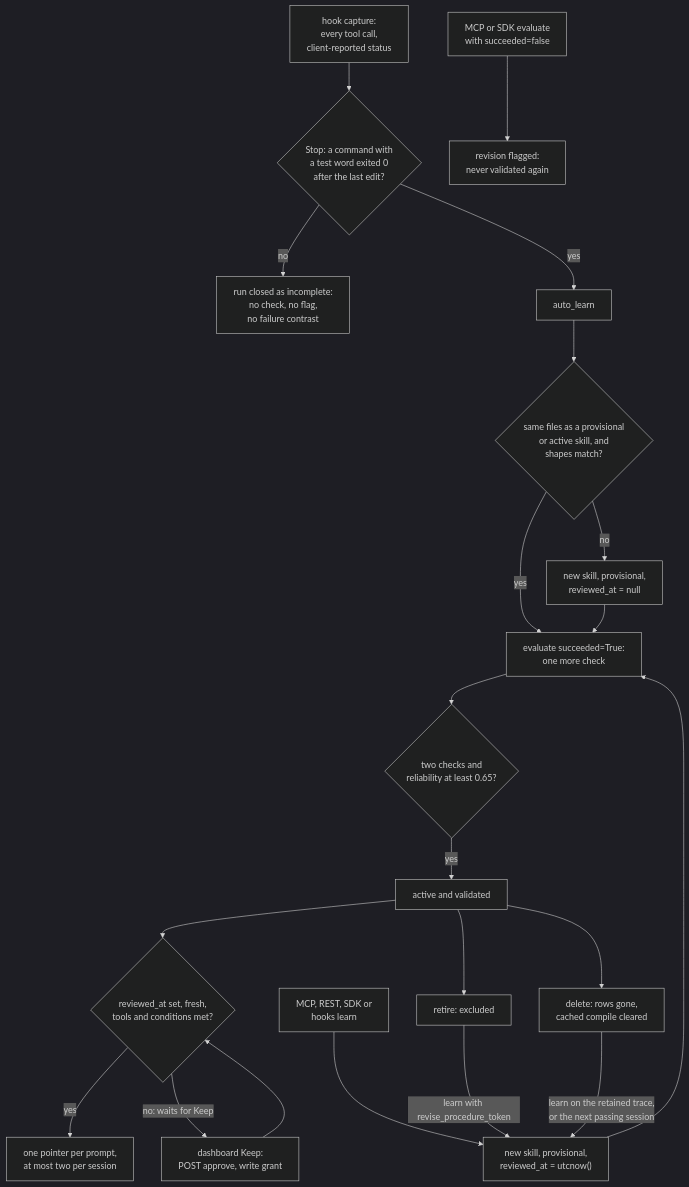
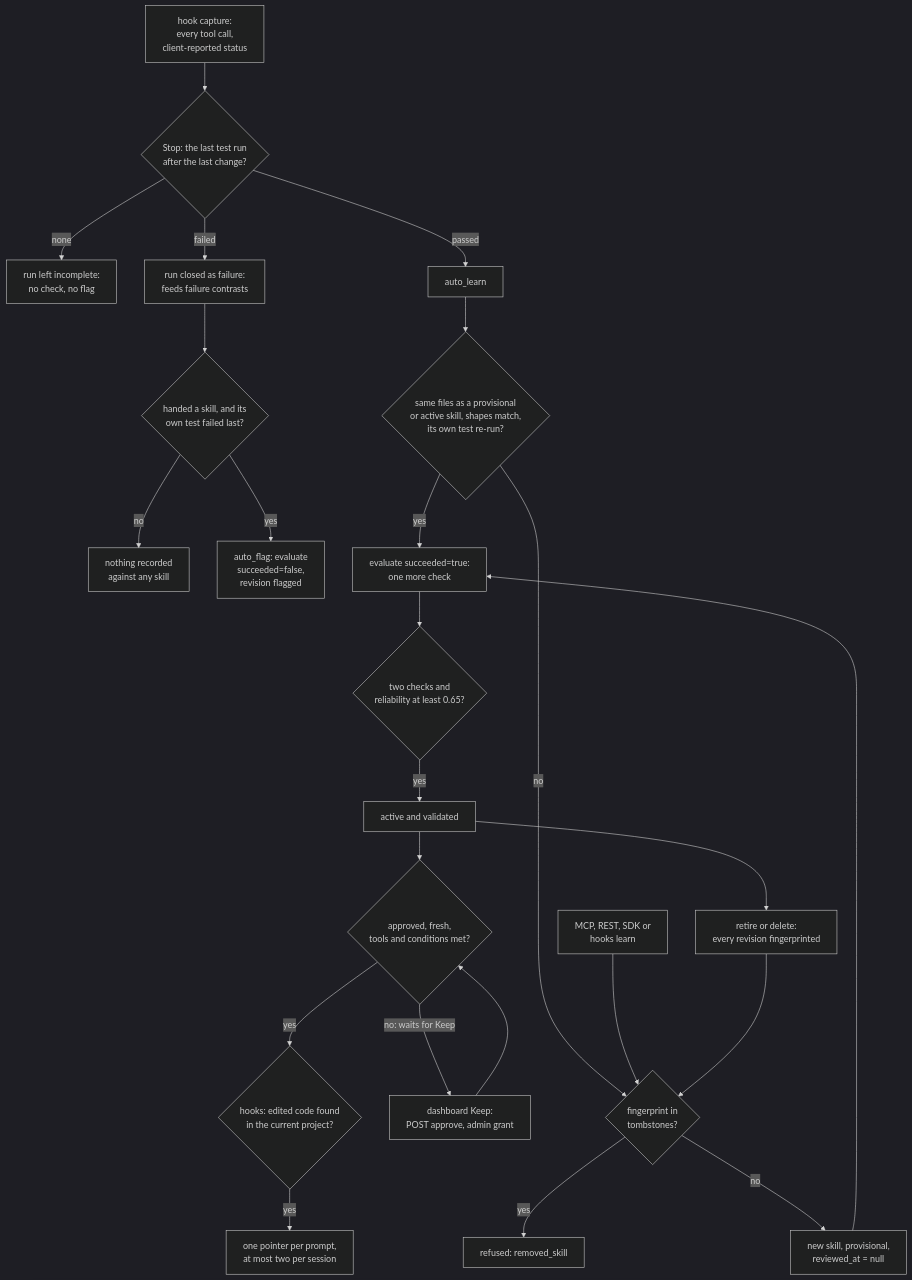
One commit to balaianu/agent-memory-atlas changed the diagram in content/systems/musclememory.md. Above: the diagram before and after it, drawn with Mermaid (dark theme). The commit also changed other lines of this file and 25 other files, not shown here.

````diff
--- a/content/systems/musclememory.md
+++ b/content/systems/musclememory.md
@@ -150,24 +161,27 @@
 ```mermaid
-%% caption: how a MuscleMemory skill is written, checked and admitted, where the review queue applies, and the two paths by which a removed skill comes back
+%% caption: how a MuscleMemory skill is written, checked, approved and delivered, where a failed session flags it, and where a removed skill's fingerprint refuses it
 flowchart TD
-    H["hook capture:<br/>every tool call,<br/>client-reported status"] --> S{"Stop: a command with<br/>a test word exited 0<br/>after the last edit?"}
-    S -- "no" --> I["run closed as incomplete:<br/>no check, no flag,<br/>no failure contrast"]
-    S -- "yes" --> AL["auto_learn"]
-    AL --> M{"same files as a provisional<br/>or active skill, and<br/>shapes match?"}
-    M -- "yes" --> CK["evaluate succeeded=True:<br/>one more check"]
-    M -- "no" --> PEND["new skill, provisional,<br/>reviewed_at = null"]
-    MCP["MCP, REST, SDK or<br/>hooks learn"] --> APPR["new skill, provisional,<br/>reviewed_at = utcnow()"]
-    MCPE["MCP or SDK evaluate<br/>with succeeded=false"] --> FL["revision flagged:<br/>never validated again"]
+    H["hook capture:<br/>every tool call,<br/>client-reported status"] --> S{"Stop: the last test run<br/>after the last change?"}
+    S -- "none" --> I["run left incomplete:<br/>no check, no flag"]
+    S -- "failed" --> F["run closed as failure:<br/>feeds failure contrasts"]
+    F --> FI{"handed a skill, and its<br/>own test failed last?"}
+    FI -- "no" --> NF["nothing recorded<br/>against any skill"]
+    FI -- "yes" --> FL["auto_flag: evaluate<br/>succeeded=false,<br/>revision flagged"]
+    S -- "passed" --> AL["auto_learn"]
+    AL --> M{"same files as a provisional<br/>or active skill, shapes match,<br/>its own test re-run?"}
+    M -- "yes" --> CK["evaluate succeeded=true:<br/>one more check"]
+    M -- "no" --> TB{"fingerprint in<br/>tombstones?"}
+    MCP["MCP, REST, SDK or<br/>hooks learn"] --> TB
+    TB -- "yes" --> RF["refused: removed_skill"]
+    TB -- "no" --> PEND["new skill, provisional,<br/>reviewed_at = null"]
     PEND --> CK
-    APPR --> CK
     CK --> V{"two checks and<br/>reliability at least 0.65?"}
     V -- "yes" --> ACT["active and validated"]
-    ACT --> G{"reviewed_at set, fresh,<br/>tools and conditions met?"}
-    G -- "yes" --> P["one pointer per prompt,<br/>at most two per session"]
-    G -- "no: waits for Keep" --> K["dashboard Keep:<br/>POST approve, write grant"]
+    ACT --> G{"approved, fresh,<br/>tools and conditions met?"}
+    G -- "no: waits for Keep" --> K["dashboard Keep:<br/>POST approve, admin grant"]
     K --> G
-    ACT --> RT["retire: excluded"]
-    RT -- "learn with revise_procedure_token" --> APPR
-    ACT --> DEL["delete: rows gone,<br/>cached compile cleared"]
-    DEL -- "learn on the retained trace,<br/>or the next passing session" --> APPR
+    G -- "yes" --> HF{"hooks: edited code found<br/>in the current project?"}
+    HF -- "yes" --> P["one pointer per prompt,<br/>at most two per session"]
+    ACT --> RT["retire or delete:<br/>every revision fingerprinted"]
+    RT --> TB
 ```
````
